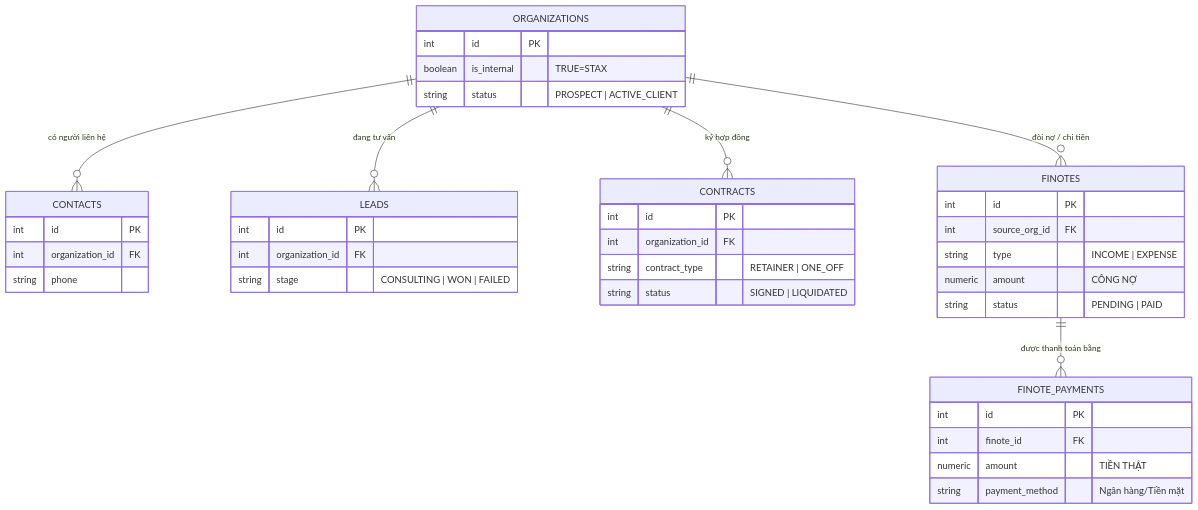
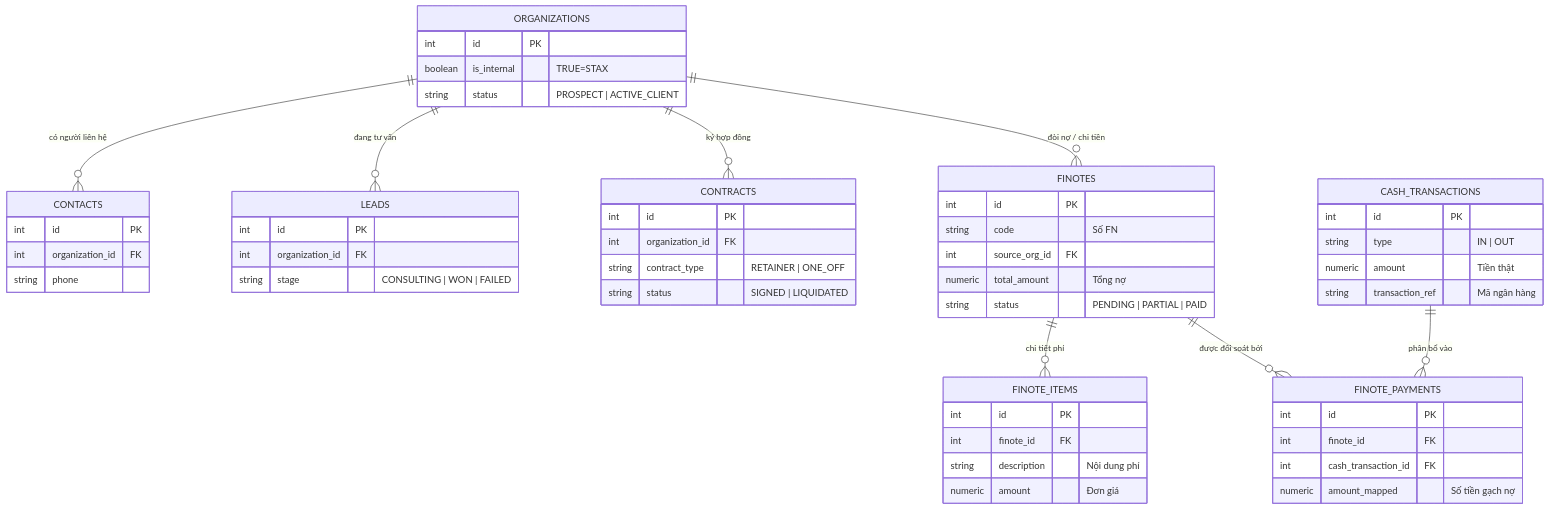
One commit to trongnghiango/rbac-nest-project changed the first of 3 diagrams in docs/STAX/20260423-stax-architecture-v2.md. Above: the diagram before and after it, drawn with Mermaid. The commit also changed 15 other files, not shown here.

````diff
--- a/docs/STAX/20260423-stax-architecture-v2.md
+++ b/docs/STAX/20260423-stax-architecture-v2.md
@@ -42,49 +42,63 @@
 ```mermaid
 erDiagram
     %% TẦNG THỰC THỂ (ENTITIES - NGUỒN SỰ THẬT)
     ORGANIZATIONS {
         int id PK
         boolean is_internal "TRUE=STAX"
         string status "PROSPECT | ACTIVE_CLIENT"
     }
     CONTACTS {
         int id PK
         int organization_id FK 
         string phone
     }
 
     %% TẦNG TIẾN TRÌNH CRM
     LEADS {
         int id PK
         int organization_id FK
         string stage "CONSULTING | WON | FAILED"
     }
     CONTRACTS {
         int id PK
         int organization_id FK
         string contract_type "RETAINER | ONE_OFF"
         string status "SIGNED | LIQUIDATED"
     }
 
-    %% TẦNG KẾ TOÁN (ACCOUNTING)
+    %% TẦNG KẾ TOÁN (ACCOUNTING - 4 LỚP CHUYÊN NGHIỆP)
     FINOTES {
         int id PK
+        string code "Số FN"
         int source_org_id FK
-        string type "INCOME | EXPENSE"
-        numeric amount "CÔNG NỢ"
-        string status "PENDING | PAID"
+        numeric total_amount "Tổng nợ"
+        string status "PENDING | PARTIAL | PAID"
+    }
+    FINOTE_ITEMS {
+        int id PK
+        int finote_id FK
+        string description "Nội dung phí"
+        numeric amount "Đơn giá"
+    }
+    CASH_TRANSACTIONS {
+        int id PK
+        string type "IN | OUT"
+        numeric amount "Tiền thật"
+        string transaction_ref "Mã ngân hàng"
     }
     FINOTE_PAYMENTS {
         int id PK
         int finote_id FK
-        numeric amount "TIỀN THẬT"
-        string payment_method "Ngân hàng/Tiền mặt"
+        int cash_transaction_id FK
+        numeric amount_mapped "Số tiền gạch nợ"
     }
 
     %% RELATIONS
     ORGANIZATIONS ||--o{ CONTACTS : "có người liên hệ"
     ORGANIZATIONS ||--o{ LEADS : "đang tư vấn"
     ORGANIZATIONS ||--o{ CONTRACTS : "ký hợp đồng"
     ORGANIZATIONS ||--o{ FINOTES : "đòi nợ / chi tiền"
-    FINOTES ||--o{ FINOTE_PAYMENTS : "được thanh toán bằng"
+    FINOTES ||--o{ FINOTE_ITEMS : "chi tiết phí"
+    FINOTES ||--o{ FINOTE_PAYMENTS : "được đối soát bởi"
+    CASH_TRANSACTIONS ||--o{ FINOTE_PAYMENTS : "phân bổ vào"
 ```
````
